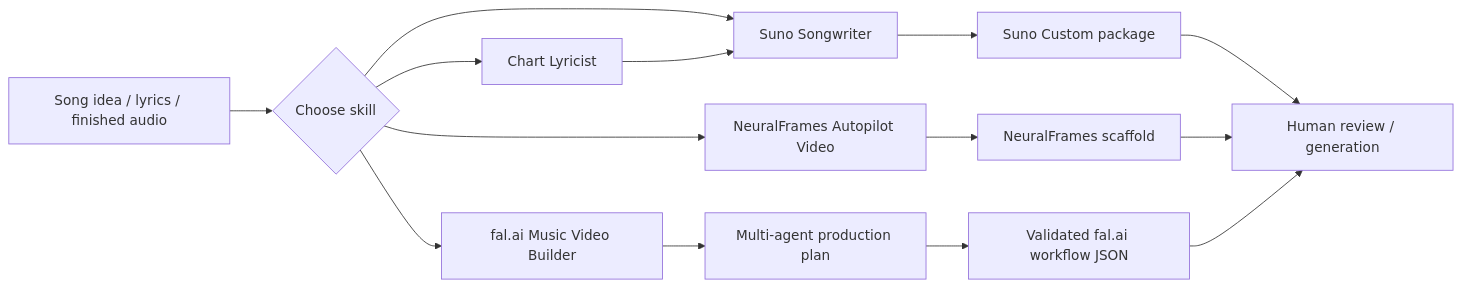
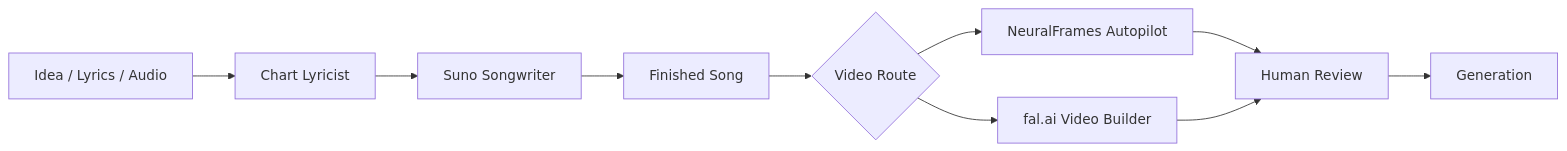
One commit to VagabondInc/suno-agent-production-suite changed the diagram in README.md. Above: the diagram before and after it, drawn with Mermaid. The commit also changed other lines of this file, not shown here.

Commit message:
Redesign README around visual discovery and agent navigation

````diff
--- a/README.md
+++ b/README.md
@@ -49,18 +103,12 @@
 ```mermaid
 flowchart LR
-    A[Song idea / lyrics / finished audio] --> B{Choose skill}
+    A[Idea / Lyrics / Audio] --> B[Chart Lyricist]
     B --> C[Suno Songwriter]
-    B --> D[Chart Lyricist]
-    B --> E[NeuralFrames Autopilot Video]
-    B --> F[fal.ai Music Video Builder]
-
-    D --> C
-    C --> G[Suno Custom package]
-    E --> H[NeuralFrames scaffold]
-    F --> I[Multi-agent production plan]
-    I --> J[Validated fal.ai workflow JSON]
-
-    G --> K[Human review / generation]
-    H --> K
-    J --> K
+    C --> D[Finished Song]
+    D --> E{Video Route}
+    E --> F[NeuralFrames Autopilot]
+    E --> G[fal.ai Video Builder]
+    F --> H[Human Review]
+    G --> H
+    H --> I[Generation]
 ```
````
